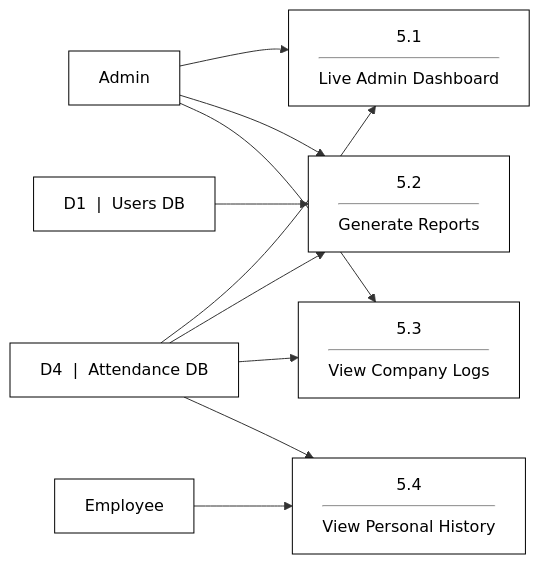
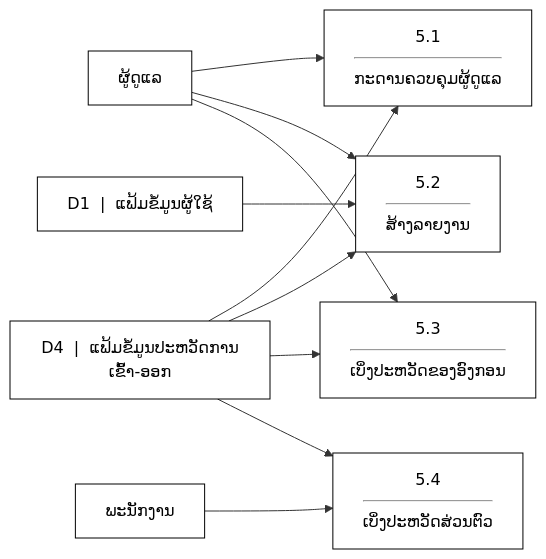
The tenth of 14 diagrams in USER_MANUAL.md (Touy2004/palm-back-end), drawn with Mermaid before and after one commit. The commit also changed other lines of this file, not shown here.

````diff
--- a/USER_MANUAL.md
+++ b/USER_MANUAL.md
@@ -479,30 +479,30 @@
 ```mermaid
 flowchart LR
-    Admin[Admin]:::entity
-    Employee[Employee]:::entity
+    Admin["ຜູ້ດູແລ"]:::entity
+    Employee["ພະນັກງານ"]:::entity
     
-    P5_1["5.1<hr/>Live Admin Dashboard"]:::process
-    P5_2["5.2<hr/>Generate Reports"]:::process
-    P5_3["5.3<hr/>View Company Logs"]:::process
-    P5_4["5.4<hr/>View Personal History"]:::process
+    P5_1["5.1<hr/>ກະດານຄວບຄຸມຜູ້ດູແລ"]:::process
+    P5_2["5.2<hr/>ສ້າງລາຍງານ"]:::process
+    P5_3["5.3<hr/>ເບິ່ງປະຫວັດຂອງອົງກອນ"]:::process
+    P5_4["5.4<hr/>ເບິ່ງປະຫວັດສ່ວນຕົວ"]:::process
     
-    D1["D1 &nbsp;|&nbsp; Users DB"]:::datastore
-    D4["D4 &nbsp;|&nbsp; Attendance DB"]:::datastore
+    D1["D1 &nbsp;|&nbsp; ແຟ້ມຂໍ້ມູນຜູ້ໃຊ້"]:::datastore
+    D4["D4 &nbsp;|&nbsp; ແຟ້ມຂໍ້ມູນປະຫວັດການເຂົ້າ-ອອກ"]:::datastore
     
     Admin --> P5_1
     D4 --> P5_1
     
     Admin --> P5_2
     D4 --> P5_2
     D1 --> P5_2
     
     Admin --> P5_3
     D4 --> P5_3
     
     Employee --> P5_4
     D4 --> P5_4
 
     classDef entity fill:#fff,stroke:#000,stroke-width:1px,shape:rect,color:#000
     classDef process fill:#fff,stroke:#000,stroke-width:1px,shape:rect,color:#000
     classDef datastore fill:#fff,stroke:#000,stroke-width:1px,shape:rect,color:#000
 ```
````
